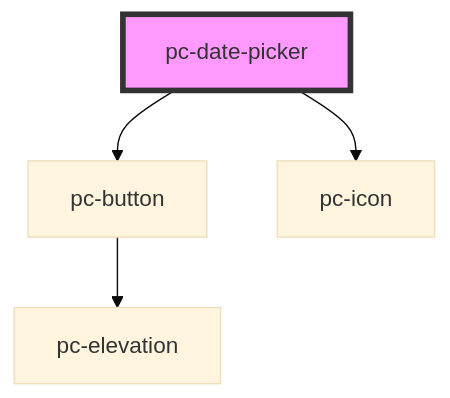
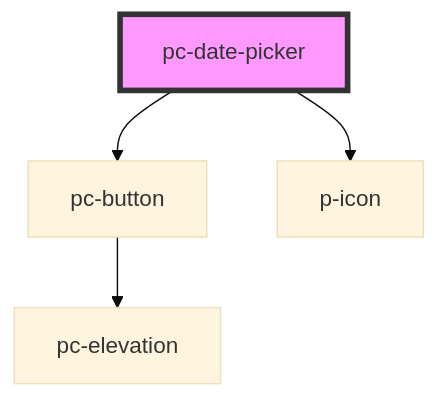
Before and after one commit to redvars/peacock: the diagram in src/components/input-controls/data-and-time/date/date-picker/readme.md, drawn with Mermaid (base theme). The commit also changed other lines of this file and 94 other files, not shown here.

````diff
--- a/src/components/input-controls/data-and-time/date/date-picker/readme.md
+++ b/src/components/input-controls/data-and-time/date/date-picker/readme.md
@@ -83,7 +83,7 @@
 ```mermaid
 graph TD;
   pc-date-picker --> pc-button
-  pc-date-picker --> pc-icon
+  pc-date-picker --> p-icon
   pc-button --> pc-elevation
   style pc-date-picker fill:#f9f,stroke:#333,stroke-width:4px
 ```
````
